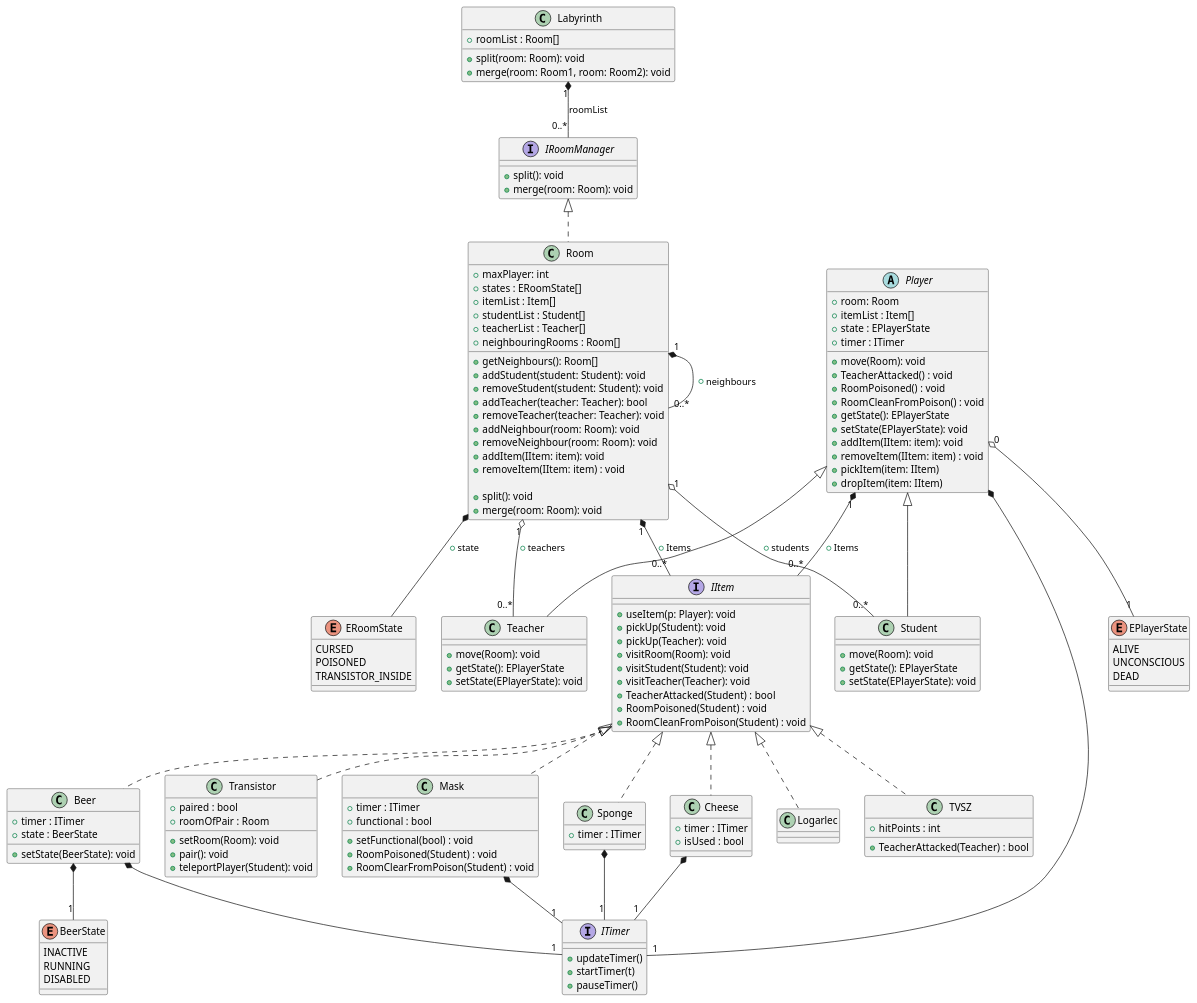
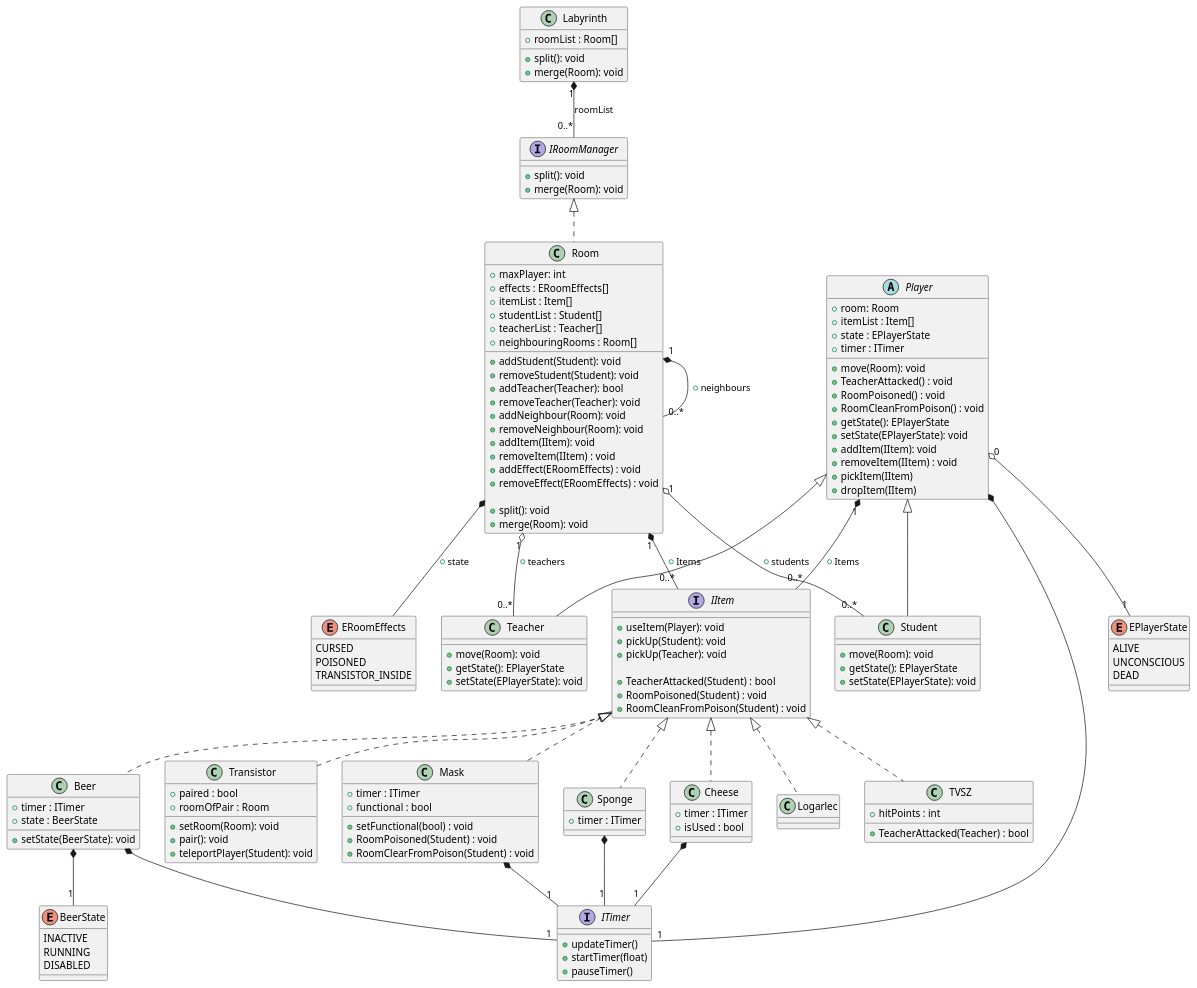
The diagram in Class_UML.plantuml (MBakter/echo), drawn with PlantUML before and after one commit. The commit also changed 2 other files, not shown here.

Commit message:
Room States added

```diff
--- a/Class_UML.plantuml
+++ b/Class_UML.plantuml
@@ -1,176 +1,175 @@
 @startuml UML
 
 class Labyrinth {
     +roomList : Room[]
 
-    +split(room: Room): void
-    +merge(room: Room1, room: Room2): void
+    +split(): void
+    +merge(Room): void
 }
 
 Labyrinth "1" *-- "0..*" IRoomManager: roomList
 
 interface IRoomManager {
     + split(): void
-    + merge(room: Room): void
+    + merge(Room): void
 }
 
 /' Removed implementing IItemHolder '/
 class Room implements IRoomManager {
     + maxPlayer: int
-    + states : ERoomState[]
+    + effects : ERoomEffects[]
     + itemList : Item[]
     + studentList : Student[]
     + teacherList : Teacher[]
     + neighbouringRooms : Room[]
 
-    + getNeighbours(): Room[]
-    + addStudent(student: Student): void
-    + removeStudent(student: Student): void
-    + addTeacher(teacher: Teacher): bool
-    + removeTeacher(teacher: Teacher): void
-    + addNeighbour(room: Room): void
-    + removeNeighbour(room: Room): void
-    + addItem(IItem: item): void
-    + removeItem(IItem: item) : void
+    + addStudent(Student): void
+    + removeStudent(Student): void
+    + addTeacher(Teacher): bool
+    + removeTeacher(Teacher): void
+    + addNeighbour(Room): void
+    + removeNeighbour(Room): void
+    + addItem(IItem): void
+    + removeItem(IItem) : void
+    + addEffect(ERoomEffects) : void
+    + removeEffect(ERoomEffects) : void
 
     + split(): void
-    + merge(room: Room): void
+    + merge(Room): void
 }
 
 Room "1" o-- "0..*" Student: + students
 Room "1" o-- "0..*" Teacher: + teachers
 Room "1" *-- "0..*" Room: + neighbours
 Room "1" *-- "0..*" IItem: + Items
-Room *-- ERoomState: + state
+Room *-- ERoomEffects: + state
 
 
 enum EPlayerState {
     ALIVE
     UNCONSCIOUS
     DEAD
 }
 
 /' Removed implementing IItemHolder '/
 abstract class Player {
     + room: Room
     + itemList : Item[]
     + state : EPlayerState
     + timer : ITimer
 
     + move(Room): void
     + TeacherAttacked() : void
     + RoomPoisoned() : void
     + RoomCleanFromPoison() : void
     + getState(): EPlayerState
     + setState(EPlayerState): void
-    + addItem(IItem: item): void
-    + removeItem(IItem: item) : void
-    + pickItem(item: IItem)
-    + dropItem(item: IItem)
+    + addItem(IItem): void
+    + removeItem(IItem) : void
+    + pickItem(IItem)
+    + dropItem(IItem)
 }
 
 Player "0" o-- "1" EPlayerState
 Player "1" *-- "0..*" IItem: + Items
 Player *-- "1" ITimer
 
 interface IItem {
-    + useItem(p: Player): void
+    + useItem(Player): void
     + pickUp(Student): void
     + pickUp(Teacher): void
-    + visitRoom(Room): void
-    + visitStudent(Student): void
-    + visitTeacher(Teacher): void
+
     + TeacherAttacked(Student) : bool
     + RoomPoisoned(Student) : void
     + RoomCleanFromPoison(Student) : void
 }
 
 class Teacher extends Player{
     + move(Room): void
     + getState(): EPlayerState
     + setState(EPlayerState): void
 }
 
 class Student extends Player{
     + move(Room): void
     + getState(): EPlayerState
     + setState(EPlayerState): void
 }
 
 /' interface IItemHolder {
     + addItemy(Item: Item): void
     + removeItem(Item: Item): void
 } '/
 
-enum ERoomState {
+enum ERoomEffects {
     CURSED
     POISONED
     TRANSISTOR_INSIDE
 }
 
 interface ITimer {
     + updateTimer()
-    + startTimer(t)
+    + startTimer(float)
     + pauseTimer()
 }
 
 class TVSZ implements IItem {
     + hitPoints : int
 
     + TeacherAttacked(Teacher) : bool
 }
 
 class Transistor implements IItem  {
     + paired : bool
     + roomOfPair : Room
 
     + setRoom(Room): void
     + pair(): void
     + teleportPlayer(Student): void
 }
 
 enum BeerState {
     INACTIVE
     RUNNING
     DISABLED
 }
 
 class Beer implements IItem {
     + timer : ITimer
     + state : BeerState
 
     + setState(BeerState): void
 }
 Beer *-- "1" ITimer
 Beer *-- "1" BeerState
 
 class Mask implements IItem  {
     + timer : ITimer
     + functional : bool
 
     + setFunctional(bool) : void
     + RoomPoisoned(Student) : void
     + RoomClearFromPoison(Student) : void
 
 }
 Mask *-- "1" ITimer
 
 class Sponge  implements IItem {
     + timer : ITimer
 
 }
 Sponge *-- "1" ITimer
 
 class Cheese  implements IItem {
     + timer : ITimer
     + isUsed : bool
 
 }
 Cheese *-- "1" ITimer
 
 class Logarlec  implements IItem  {
 }
 
 
 
 @enduml
```
